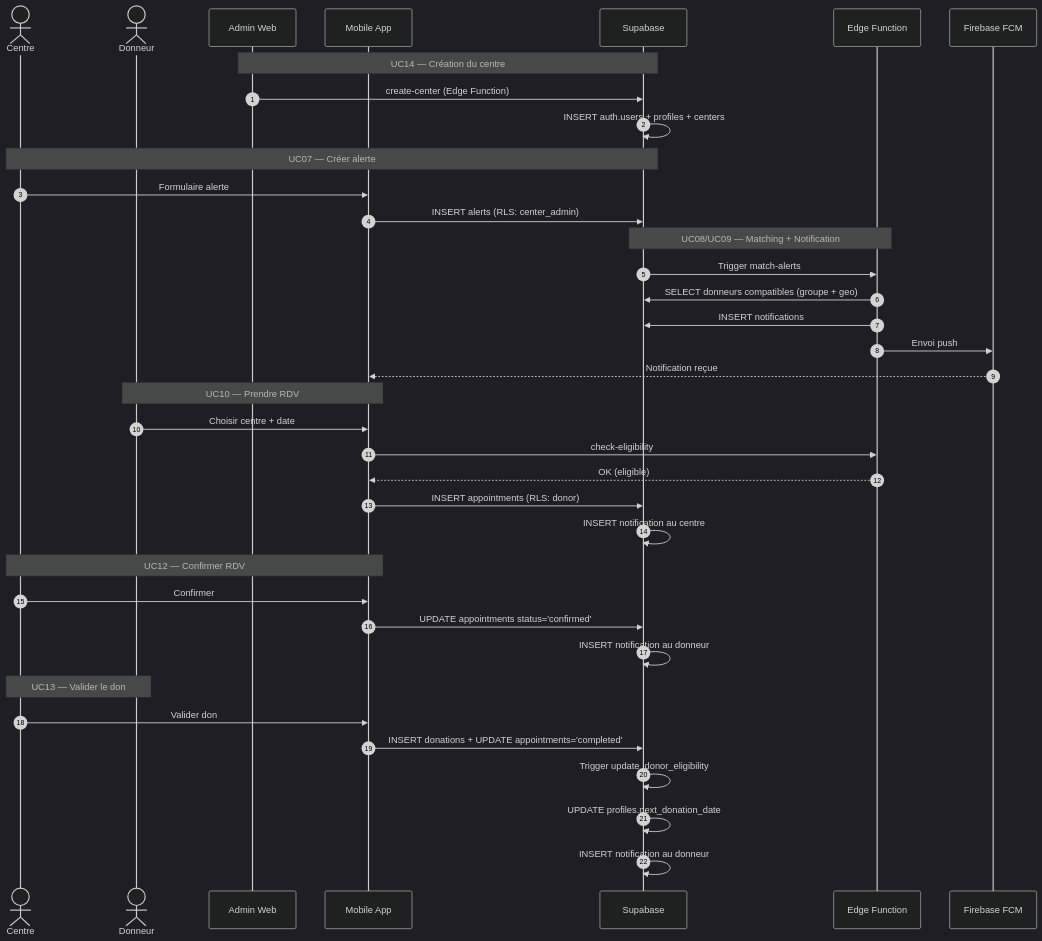
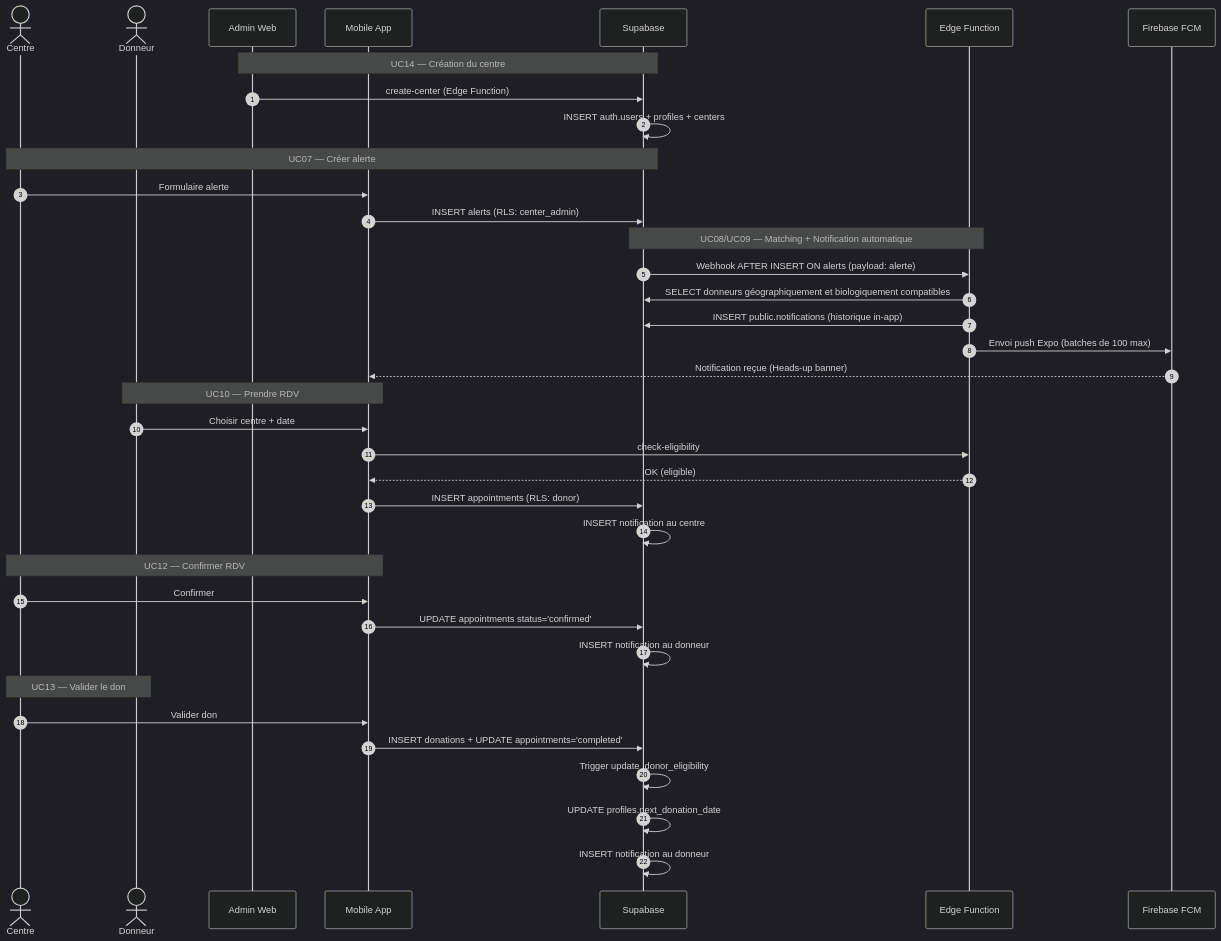
Before and after one commit to senmos26/bloodlink: the first of 3 diagrams in docs/ARCHITECTURE_TECHNIQUE.md, drawn with Mermaid (dark theme). The commit also changed other lines of this file and 12 other files, not shown here.

Commit message:
feat(push): implement push notifications initialization and redirect on click in killed state

````diff
--- a/docs/ARCHITECTURE_TECHNIQUE.md
+++ b/docs/ARCHITECTURE_TECHNIQUE.md
@@ -463,45 +556,45 @@
 ```mermaid
 sequenceDiagram
     autonumber
     actor C as Centre
     actor D as Donneur
     participant A as Admin Web
     participant M as Mobile App
     participant S as Supabase
     participant EF as Edge Function
     participant FCM as Firebase FCM
 
     Note over A,S: UC14 — Création du centre
     A->>S: create-center (Edge Function)
     S->>S: INSERT auth.users + profiles + centers
 
     Note over C,S: UC07 — Créer alerte
     C->>M: Formulaire alerte
     M->>S: INSERT alerts (RLS: center_admin)
 
-    Note over S,EF: UC08/UC09 — Matching + Notification
-    S->>EF: Trigger match-alerts
-    EF->>S: SELECT donneurs compatibles (groupe + geo)
-    EF->>S: INSERT notifications
-    EF->>FCM: Envoi push
-    FCM-->>M: Notification reçue
+    Note over S,EF: UC08/UC09 — Matching + Notification automatique
+    S->>EF: Webhook AFTER INSERT ON alerts (payload: alerte)
+    EF->>S: SELECT donneurs géographiquement et biologiquement compatibles
+    EF->>S: INSERT public.notifications (historique in-app)
+    EF->>FCM: Envoi push Expo (batches de 100 max)
+    FCM-->>M: Notification reçue (Heads-up banner)
 
     Note over D,M: UC10 — Prendre RDV
     D->>M: Choisir centre + date
     M->>EF: check-eligibility
     EF-->>M: OK (eligible)
     M->>S: INSERT appointments (RLS: donor)
     S->>S: INSERT notification au centre
 
     Note over C,M: UC12 — Confirmer RDV
     C->>M: Confirmer
     M->>S: UPDATE appointments status='confirmed'
     S->>S: INSERT notification au donneur
 
     Note over C,D: UC13 — Valider le don
     C->>M: Valider don
     M->>S: INSERT donations + UPDATE appointments='completed'
     S->>S: Trigger update_donor_eligibility
     S->>S: UPDATE profiles.next_donation_date
     S->>S: INSERT notification au donneur
 ```
````
